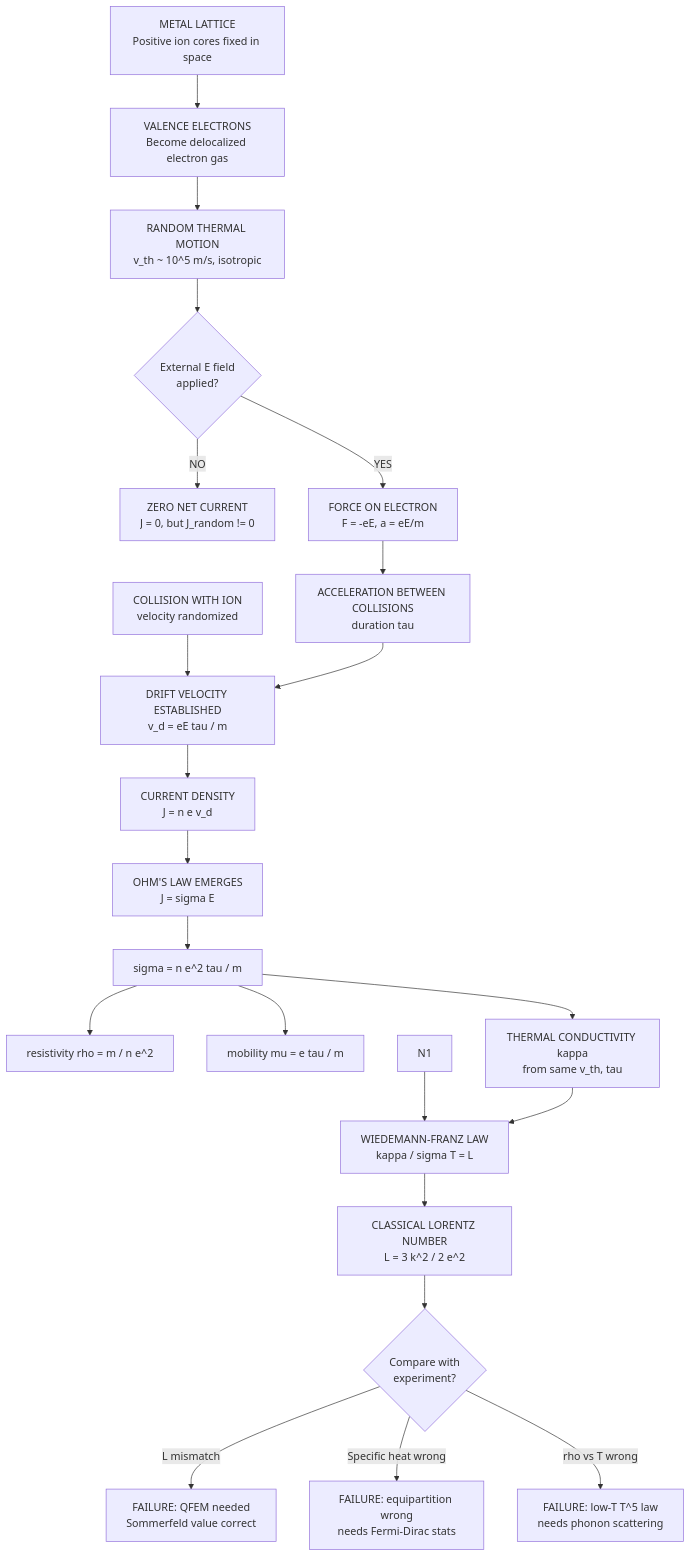
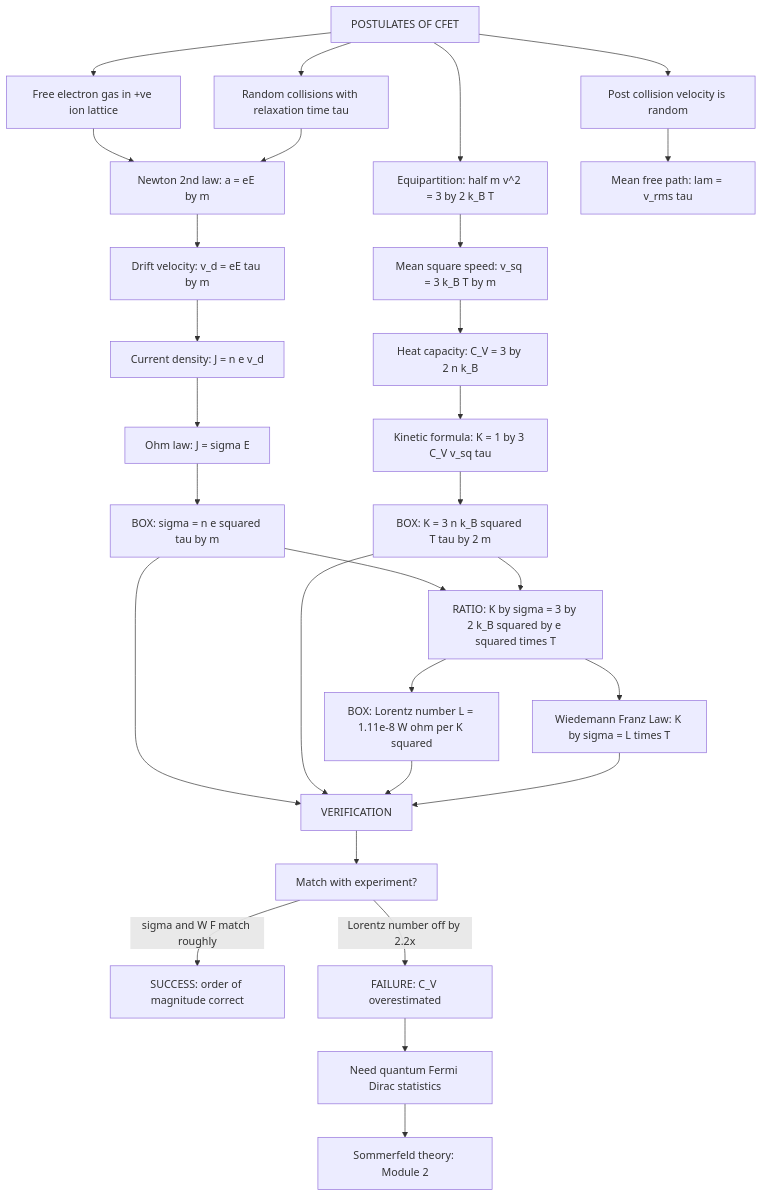
One commit to vishnuu-kr/ktunode changed the first of 3 diagrams in public/notes/computer-science-and-engineering/semester-1/gapht121-physics-for-information-science/01-module-1-electrical-conductivity/classical-free-electron-theory/notes.md. Above: the diagram before and after it, drawn with Mermaid. The commit also changed other lines of this file and 4829 other files, not shown here.

````diff
--- a/public/notes/computer-science-and-engineering/semester-1/gapht121-physics-for-information-science/01-module-1-electrical-conductivity/classical-free-electron-theory/notes.md
+++ b/public/notes/computer-science-and-engineering/semester-1/gapht121-physics-for-information-science/01-module-1-electrical-conductivity/classical-free-electron-theory/notes.md
@@ -411,24 +506,35 @@
 ```mermaid
 flowchart TD
-    nodeA["METAL LATTICE<br/>Positive ion cores fixed in space"] --> nodeB["VALENCE ELECTRONS<br/>Become delocalized electron gas"]
-    nodeB --> nodeC["RANDOM THERMAL MOTION<br/>v_th ~ 10^5 m/s, isotropic"]
-    nodeC --> nodeD{"External E field<br/>applied?"}
-    nodeD -- NO --> nodeE["ZERO NET CURRENT<br/>J = 0, but J_random != 0"]
-    nodeD -- YES --> nodeF["FORCE ON ELECTRON<br/>F = -eE, a = eE/m"]
-    F1["COLLISION WITH ION<br/>velocity randomized"] --> nodeH
-    nodeF --> nodeG["ACCELERATION BETWEEN COLLISIONS<br/>duration tau"]
-    nodeG --> nodeH["DRIFT VELOCITY ESTABLISHED<br/>v_d = eE tau / m"]
-    nodeH --> nodeI["CURRENT DENSITY<br/>J = n e v_d"]
-    nodeI --> nodeJ["OHM'S LAW EMERGES<br/>J = sigma E"]
-    nodeJ --> nodeK["sigma = n e^2 tau / m"]
-    nodeK --> nodeL["resistivity rho = m / n e^2"]
-    nodeK --> nodeM["mobility mu = e tau / m"]
-    nodeK --> nodeN["THERMAL CONDUCTIVITY kappa<br/>from same v_th, tau"]
-    N1 --> nodeO
-    nodeN --> nodeO["WIEDEMANN-FRANZ LAW<br/>kappa / sigma T = L"]
-    nodeO --> nodeP["CLASSICAL LORENTZ NUMBER<br/>L = 3 k^2 / 2 e^2"]
-    nodeP --> nodeQ{"Compare with<br/>experiment?"}
-    nodeQ -- "L mismatch" --> nodeR["FAILURE: QFEM needed<br/>Sommerfeld value correct"]
-    nodeQ -- "Specific heat wrong" --> nodeS["FAILURE: equipartition wrong<br/>needs Fermi-Dirac stats"]
-    nodeQ -- "rho vs T wrong" --> nodeT["FAILURE: low-T T^5 law<br/>needs phonon scattering"]
+    A["POSTULATES OF CFET"] --> B["Free electron gas in +ve ion lattice"]
+    A --> C["Random collisions with relaxation time tau"]
+    A --> D["Equipartition: half m v^2 = 3 by 2 k_B T"]
+    A --> E["Post collision velocity is random"]
+
+    B --> F["Newton 2nd law: a = eE by m"]
+    C --> F
+    F --> G["Drift velocity: v_d = eE tau by m"]
+    G --> H["Current density: J = n e v_d"]
+    H --> I["Ohm law: J = sigma E"]
+    I --> J["BOX: sigma = n e squared tau by m"]
+
+    D --> K["Mean square speed: v_sq = 3 k_B T by m"]
+    E --> L["Mean free path: lam = v_rms tau"]
+    K --> M["Heat capacity: C_V = 3 by 2 n k_B"]
+    M --> N["Kinetic formula: K = 1 by 3 C_V v_sq tau"]
+    N --> O["BOX: K = 3 n k_B squared T tau by 2 m"]
+
+    J --> P["RATIO: K by sigma = 3 by 2 k_B squared by e squared times T"]
+    O --> P
+    P --> Q["BOX: Lorentz number L = 1.11e-8 W ohm per K squared"]
+    P --> R["Wiedemann Franz Law: K by sigma = L times T"]
+
+    J --> S["VERIFICATION"]
+    O --> S
+    Q --> S
+    R --> S
+    S --> T["Match with experiment?"]
+    T -->|sigma and W F match roughly| U["SUCCESS: order of magnitude correct"]
+    T -->|Lorentz number off by 2.2x| V["FAILURE: C_V overestimated"]
+    V --> W["Need quantum Fermi Dirac statistics"]
+    W --> X["Sommerfeld theory: Module 2"]
 ```
````
